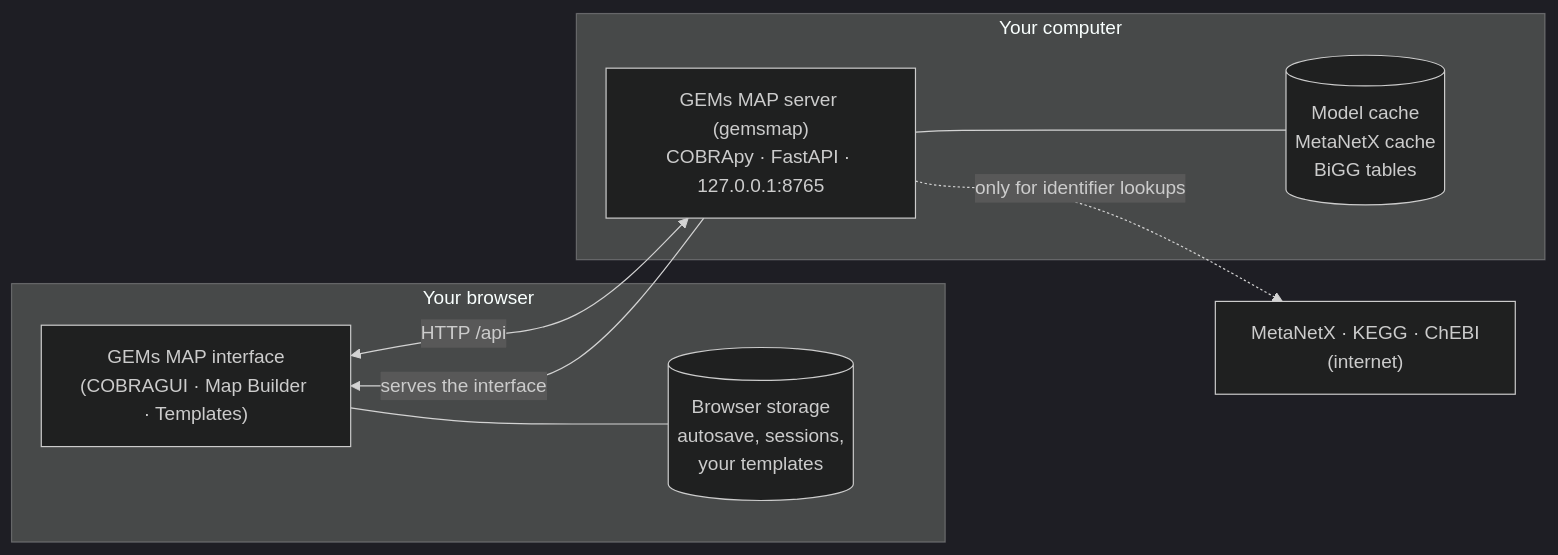
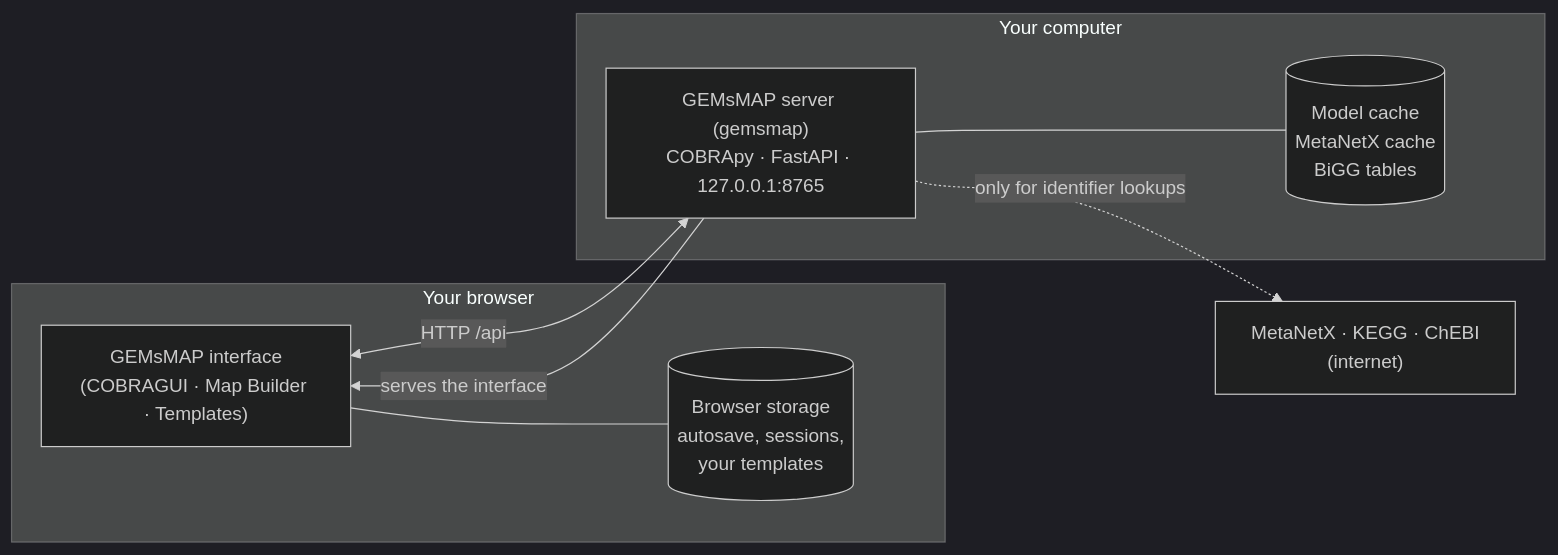
The diagram in docs/getting-started/index.md (BatistaB/gemsmap), drawn with Mermaid (dark theme) before and after one commit. The commit also changed other lines of this file and 118 other files, not shown here.

First line of the commit message:
docs: How to cite page; the name is written GEMsMAP everywhere

````diff
--- a/docs/getting-started/index.md
+++ b/docs/getting-started/index.md
@@ -19,16 +19,16 @@
 ```mermaid
 flowchart LR
     subgraph Browser["Your browser"]
-        UI["GEMs MAP interface<br/>(COBRAGUI · Map Builder · Templates)"]
+        UI["GEMsMAP interface<br/>(COBRAGUI · Map Builder · Templates)"]
         ST[("Browser storage<br/>autosave, sessions,<br/>your templates")]
     end
     subgraph Local["Your computer"]
-        BE["GEMs MAP server (gemsmap)<br/>COBRApy · FastAPI · 127.0.0.1:8765"]
+        BE["GEMsMAP server (gemsmap)<br/>COBRApy · FastAPI · 127.0.0.1:8765"]
         CA[("Model cache<br/>MetaNetX cache<br/>BiGG tables")]
     end
     BE -->|"serves the interface"| UI
     UI <-->|"HTTP /api"| BE
     UI --- ST
     BE --- CA
     BE -.->|"only for identifier lookups"| NET["MetaNetX · KEGG · ChEBI<br/>(internet)"]
 ```
````
